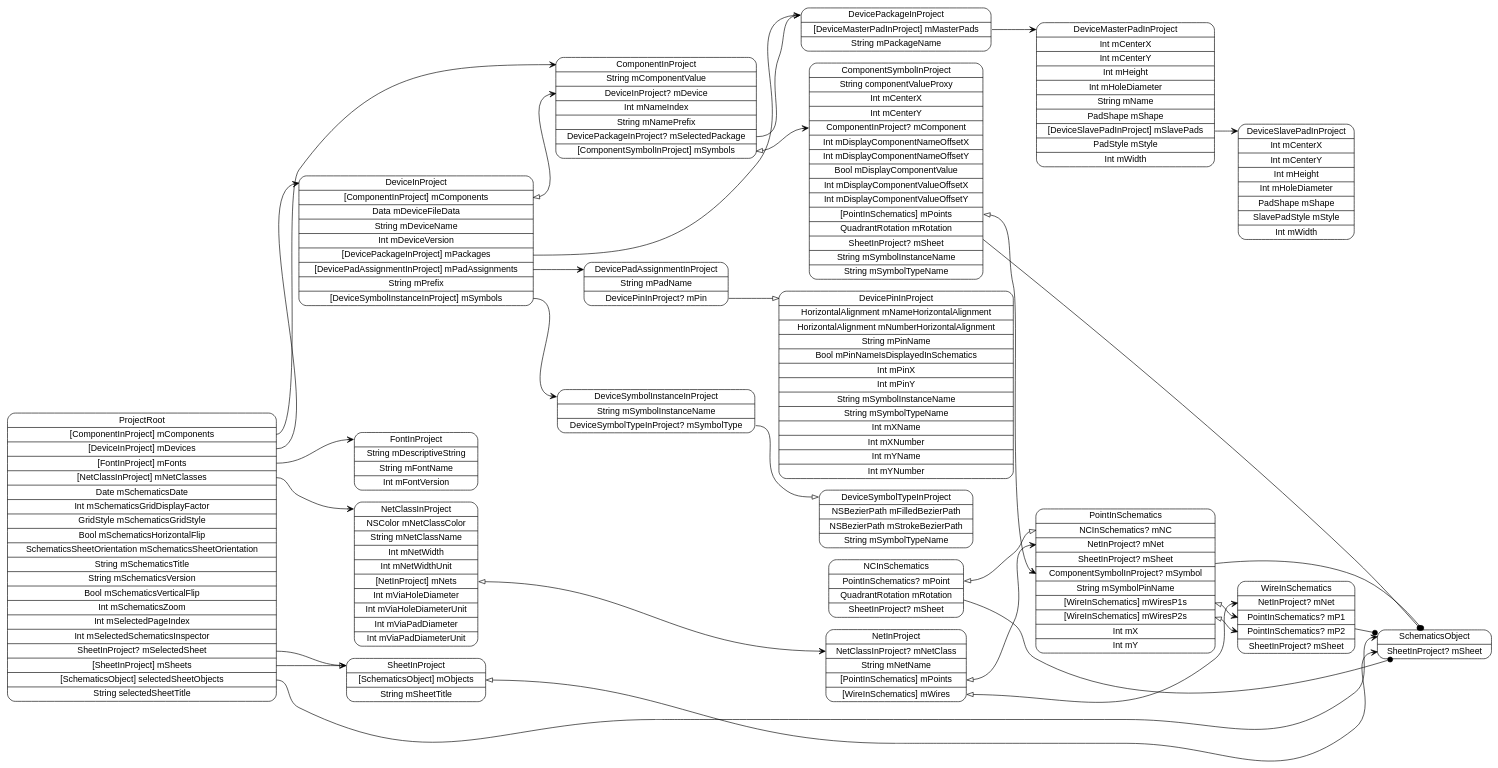
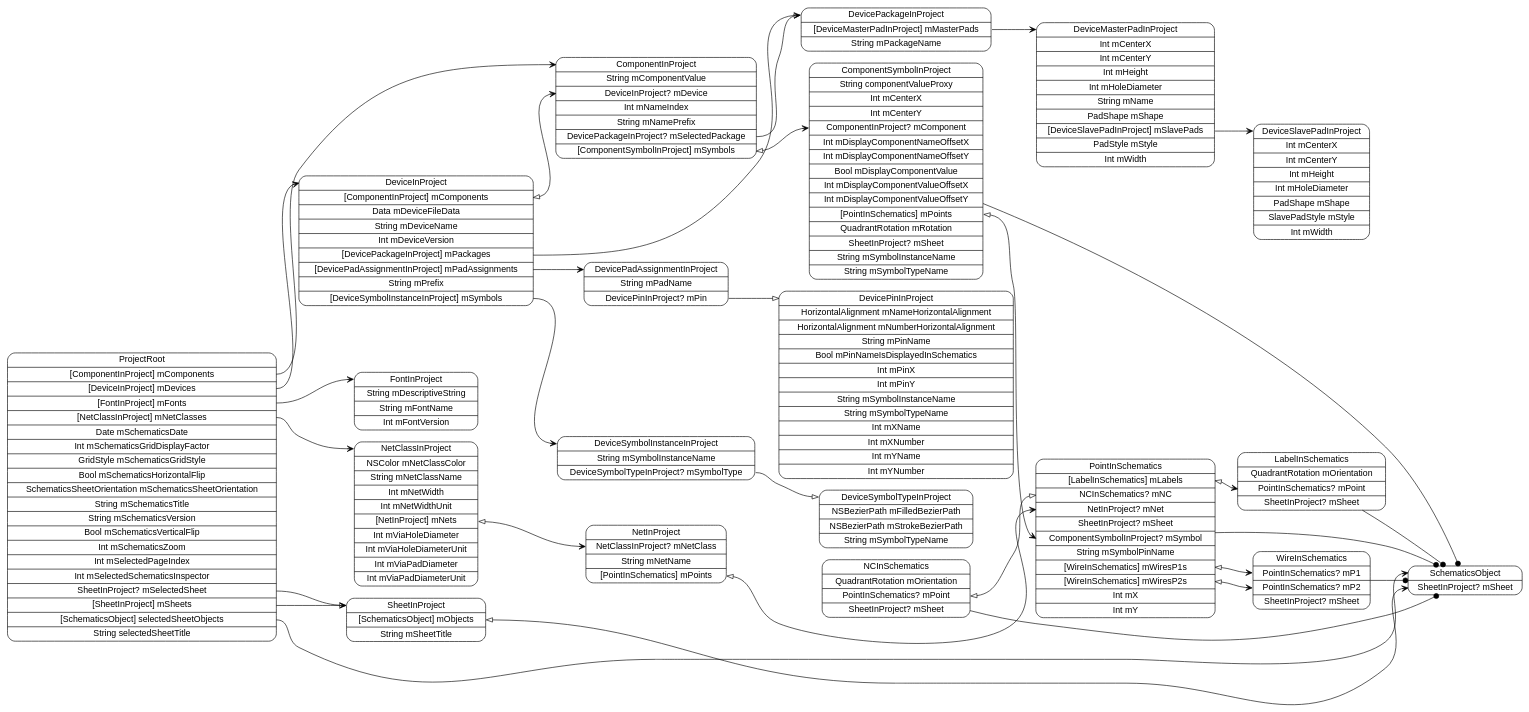
One commit to pierremolinaro/ElCanari-dev changed the diagram in models/ProjectRoot.dot. Above: the diagram before and after it, drawn with Graphviz. The commit also changed 20 other files, not shown here.

Commit message:
Added LabelInSchematics

```diff
--- a/models/ProjectRoot.dot
+++ b/models/ProjectRoot.dot
@@ -1,52 +1,54 @@
 digraph G {
   rankdir=LR ;
   node [shape=record fontname=helvetica style=rounded] ;
   ProjectRoot[label="<ProjectRoot>ProjectRoot|<mComponents>[ComponentInProject] mComponents|<mDevices>[DeviceInProject] mDevices|<mFonts>[FontInProject] mFonts|<mNetClasses>[NetClassInProject] mNetClasses|Date mSchematicsDate|Int mSchematicsGridDisplayFactor|GridStyle mSchematicsGridStyle|Bool mSchematicsHorizontalFlip|SchematicsSheetOrientation mSchematicsSheetOrientation|String mSchematicsTitle|String mSchematicsVersion|Bool mSchematicsVerticalFlip|Int mSchematicsZoom|Int mSelectedPageIndex|Int mSelectedSchematicsInspector|<mSelectedSheet>SheetInProject? mSelectedSheet|<mSheets>[SheetInProject] mSheets|<selectedSheetObjects>[SchematicsObject] selectedSheetObjects|String selectedSheetTitle"] ;
   SchematicsObject[label="<SchematicsObject>SchematicsObject|<mSheet>SheetInProject? mSheet"] ;
   SheetInProject[label="<SheetInProject>SheetInProject|<mObjects>[SchematicsObject] mObjects|String mSheetTitle"] ;
   NetClassInProject[label="<NetClassInProject>NetClassInProject|NSColor mNetClassColor|String mNetClassName|Int mNetWidth|Int mNetWidthUnit|<mNets>[NetInProject] mNets|Int mViaHoleDiameter|Int mViaHoleDiameterUnit|Int mViaPadDiameter|Int mViaPadDiameterUnit"] ;
-  NetInProject[label="<NetInProject>NetInProject|<mNetClass>NetClassInProject? mNetClass|String mNetName|<mPoints>[PointInSchematics] mPoints|<mWires>[WireInSchematics] mWires"] ;
-  WireInSchematics[label="<WireInSchematics>WireInSchematics|<mNet>NetInProject? mNet|<mP1>PointInSchematics? mP1|<mP2>PointInSchematics? mP2|<mSheet>SheetInProject? mSheet"] ;
-  PointInSchematics[label="<PointInSchematics>PointInSchematics|<mNC>NCInSchematics? mNC|<mNet>NetInProject? mNet|<mSheet>SheetInProject? mSheet|<mSymbol>ComponentSymbolInProject? mSymbol|String mSymbolPinName|<mWiresP1s>[WireInSchematics] mWiresP1s|<mWiresP2s>[WireInSchematics] mWiresP2s|Int mX|Int mY"] ;
-  NCInSchematics[label="<NCInSchematics>NCInSchematics|<mPoint>PointInSchematics? mPoint|QuadrantRotation mRotation|<mSheet>SheetInProject? mSheet"] ;
+  NetInProject[label="<NetInProject>NetInProject|<mNetClass>NetClassInProject? mNetClass|String mNetName|<mPoints>[PointInSchematics] mPoints"] ;
+  PointInSchematics[label="<PointInSchematics>PointInSchematics|<mLabels>[LabelInSchematics] mLabels|<mNC>NCInSchematics? mNC|<mNet>NetInProject? mNet|<mSheet>SheetInProject? mSheet|<mSymbol>ComponentSymbolInProject? mSymbol|String mSymbolPinName|<mWiresP1s>[WireInSchematics] mWiresP1s|<mWiresP2s>[WireInSchematics] mWiresP2s|Int mX|Int mY"] ;
+  WireInSchematics[label="<WireInSchematics>WireInSchematics|<mP1>PointInSchematics? mP1|<mP2>PointInSchematics? mP2|<mSheet>SheetInProject? mSheet"] ;
+  NCInSchematics[label="<NCInSchematics>NCInSchematics|QuadrantRotation mOrientation|<mPoint>PointInSchematics? mPoint|<mSheet>SheetInProject? mSheet"] ;
+  LabelInSchematics[label="<LabelInSchematics>LabelInSchematics|QuadrantRotation mOrientation|<mPoint>PointInSchematics? mPoint|<mSheet>SheetInProject? mSheet"] ;
   FontInProject[label="<FontInProject>FontInProject|String mDescriptiveString|String mFontName|Int mFontVersion"] ;
   DeviceInProject[label="<DeviceInProject>DeviceInProject|<mComponents>[ComponentInProject] mComponents|Data mDeviceFileData|String mDeviceName|Int mDeviceVersion|<mPackages>[DevicePackageInProject] mPackages|<mPadAssignments>[DevicePadAssignmentInProject] mPadAssignments|String mPrefix|<mSymbols>[DeviceSymbolInstanceInProject] mSymbols"] ;
   DeviceSymbolInstanceInProject[label="<DeviceSymbolInstanceInProject>DeviceSymbolInstanceInProject|String mSymbolInstanceName|<mSymbolType>DeviceSymbolTypeInProject? mSymbolType"] ;
   DeviceSymbolTypeInProject[label="<DeviceSymbolTypeInProject>DeviceSymbolTypeInProject|NSBezierPath mFilledBezierPath|NSBezierPath mStrokeBezierPath|String mSymbolTypeName"] ;
   DevicePadAssignmentInProject[label="<DevicePadAssignmentInProject>DevicePadAssignmentInProject|String mPadName|<mPin>DevicePinInProject? mPin"] ;
   DevicePinInProject[label="<DevicePinInProject>DevicePinInProject|HorizontalAlignment mNameHorizontalAlignment|HorizontalAlignment mNumberHorizontalAlignment|String mPinName|Bool mPinNameIsDisplayedInSchematics|Int mPinX|Int mPinY|String mSymbolInstanceName|String mSymbolTypeName|Int mXName|Int mXNumber|Int mYName|Int mYNumber"] ;
   DevicePackageInProject[label="<DevicePackageInProject>DevicePackageInProject|<mMasterPads>[DeviceMasterPadInProject] mMasterPads|String mPackageName"] ;
   DeviceMasterPadInProject[label="<DeviceMasterPadInProject>DeviceMasterPadInProject|Int mCenterX|Int mCenterY|Int mHeight|Int mHoleDiameter|String mName|PadShape mShape|<mSlavePads>[DeviceSlavePadInProject] mSlavePads|PadStyle mStyle|Int mWidth"] ;
   DeviceSlavePadInProject[label="<DeviceSlavePadInProject>DeviceSlavePadInProject|Int mCenterX|Int mCenterY|Int mHeight|Int mHoleDiameter|PadShape mShape|SlavePadStyle mStyle|Int mWidth"] ;
   ComponentInProject[label="<ComponentInProject>ComponentInProject|String mComponentValue|<mDevice>DeviceInProject? mDevice|Int mNameIndex|String mNamePrefix|<mSelectedPackage>DevicePackageInProject? mSelectedPackage|<mSymbols>[ComponentSymbolInProject] mSymbols"] ;
   ComponentSymbolInProject[label="<ComponentSymbolInProject>ComponentSymbolInProject|String componentValueProxy|Int mCenterX|Int mCenterY|<mComponent>ComponentInProject? mComponent|Int mDisplayComponentNameOffsetX|Int mDisplayComponentNameOffsetY|Bool mDisplayComponentValue|Int mDisplayComponentValueOffsetX|Int mDisplayComponentValueOffsetY|<mPoints>[PointInSchematics] mPoints|QuadrantRotation mRotation|<mSheet>SheetInProject? mSheet|String mSymbolInstanceName|String mSymbolTypeName"] ;
   ProjectRoot:mComponents -> ComponentInProject:ComponentInProject [dir=both arrowtail=none arrowhead=vee] ;
   ProjectRoot:mDevices -> DeviceInProject:DeviceInProject [dir=both arrowtail=none arrowhead=vee] ;
   ProjectRoot:mFonts -> FontInProject:FontInProject [dir=both arrowtail=none arrowhead=vee] ;
   ProjectRoot:mNetClasses -> NetClassInProject:NetClassInProject [dir=both arrowtail=none arrowhead=vee] ;
   ProjectRoot:mSelectedSheet -> SheetInProject:SheetInProject [dir=both arrowtail=none arrowhead=onormal] ;
   ProjectRoot:mSheets -> SheetInProject:SheetInProject [dir=both arrowtail=none arrowhead=vee] ;
   ProjectRoot:selectedSheetObjects -> SchematicsObject:SchematicsObject [dir=both arrowtail=none arrowhead=vee] ;
   SheetInProject:mObjects -> SchematicsObject:mSheet [dir=both arrowtail=onormal arrowhead=vee] ;
   NetClassInProject:mNets -> NetInProject:mNetClass [dir=both arrowtail=onormal arrowhead=vee] ;
   NetInProject:mPoints -> PointInSchematics:mNet [dir=both arrowtail=onormal arrowhead=vee] ;
-  NetInProject:mWires -> WireInSchematics:mNet [dir=both arrowtail=onormal arrowhead=vee] ;
-  WireInSchematics -> SchematicsObject [arrowhead=dot] ;
   PointInSchematics -> SchematicsObject [arrowhead=dot] ;
+  PointInSchematics:mLabels -> LabelInSchematics:mPoint [dir=both arrowtail=onormal arrowhead=vee] ;
   PointInSchematics:mWiresP1s -> WireInSchematics:mP1 [dir=both arrowtail=onormal arrowhead=vee] ;
   PointInSchematics:mWiresP2s -> WireInSchematics:mP2 [dir=both arrowtail=onormal arrowhead=vee] ;
+  WireInSchematics -> SchematicsObject [arrowhead=dot] ;
   NCInSchematics -> SchematicsObject [arrowhead=dot] ;
   NCInSchematics:mPoint -> PointInSchematics:mNC [dir=both arrowtail=onormal arrowhead=onormal] ;
+  LabelInSchematics -> SchematicsObject [arrowhead=dot] ;
   DeviceInProject:mComponents -> ComponentInProject:mDevice [dir=both arrowtail=onormal arrowhead=vee] ;
   DeviceInProject:mPackages -> DevicePackageInProject:DevicePackageInProject [dir=both arrowtail=none arrowhead=vee] ;
   DeviceInProject:mPadAssignments -> DevicePadAssignmentInProject:DevicePadAssignmentInProject [dir=both arrowtail=none arrowhead=vee] ;
   DeviceInProject:mSymbols -> DeviceSymbolInstanceInProject:DeviceSymbolInstanceInProject [dir=both arrowtail=none arrowhead=vee] ;
   DeviceSymbolInstanceInProject:mSymbolType -> DeviceSymbolTypeInProject:DeviceSymbolTypeInProject [dir=both arrowtail=none arrowhead=onormal] ;
   DevicePadAssignmentInProject:mPin -> DevicePinInProject:DevicePinInProject [dir=both arrowtail=none arrowhead=onormal] ;
   DevicePackageInProject:mMasterPads -> DeviceMasterPadInProject:DeviceMasterPadInProject [dir=both arrowtail=none arrowhead=vee] ;
   DeviceMasterPadInProject:mSlavePads -> DeviceSlavePadInProject:DeviceSlavePadInProject [dir=both arrowtail=none arrowhead=vee] ;
   ComponentInProject:mSelectedPackage -> DevicePackageInProject:DevicePackageInProject [dir=both arrowtail=none arrowhead=onormal] ;
   ComponentInProject:mSymbols -> ComponentSymbolInProject:mComponent [dir=both arrowtail=onormal arrowhead=vee] ;
   ComponentSymbolInProject -> SchematicsObject [arrowhead=dot] ;
   ComponentSymbolInProject:mPoints -> PointInSchematics:mSymbol [dir=both arrowtail=onormal arrowhead=vee] ;
 }
```
